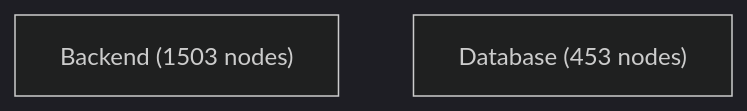
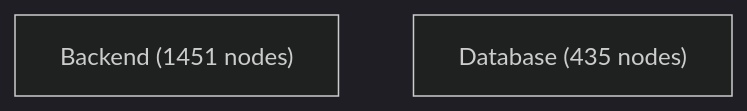
Before and after one commit to jankneumann/agentic-coding-tools: the first of 4 diagrams in docs/architecture-analysis/architecture.report.md, drawn with Mermaid (dark theme). The commit also changed other lines of this file and 92 other files, not shown here.

````diff
--- a/docs/architecture-analysis/architecture.report.md
+++ b/docs/architecture-analysis/architecture.report.md
@@ -502,5 +513,5 @@
 ```mermaid
 flowchart TB
-    Backend["Backend (1503 nodes)"]
-    Database["Database (453 nodes)"]
+    Backend["Backend (1451 nodes)"]
+    Database["Database (435 nodes)"]
 ```
````
